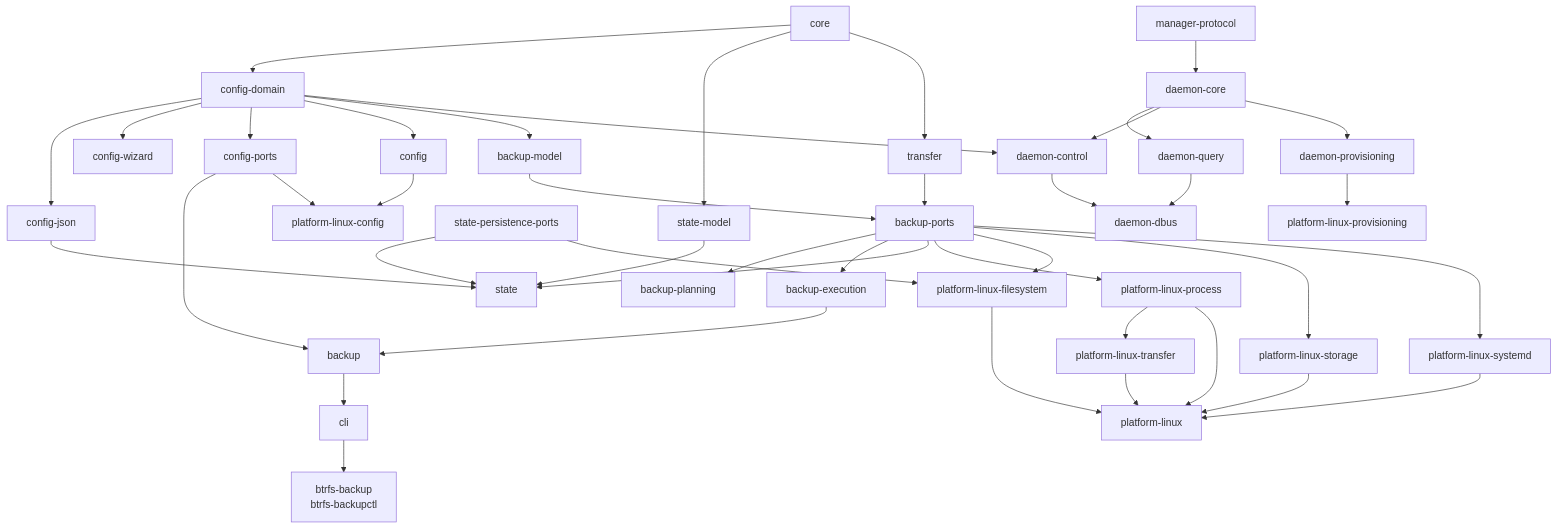
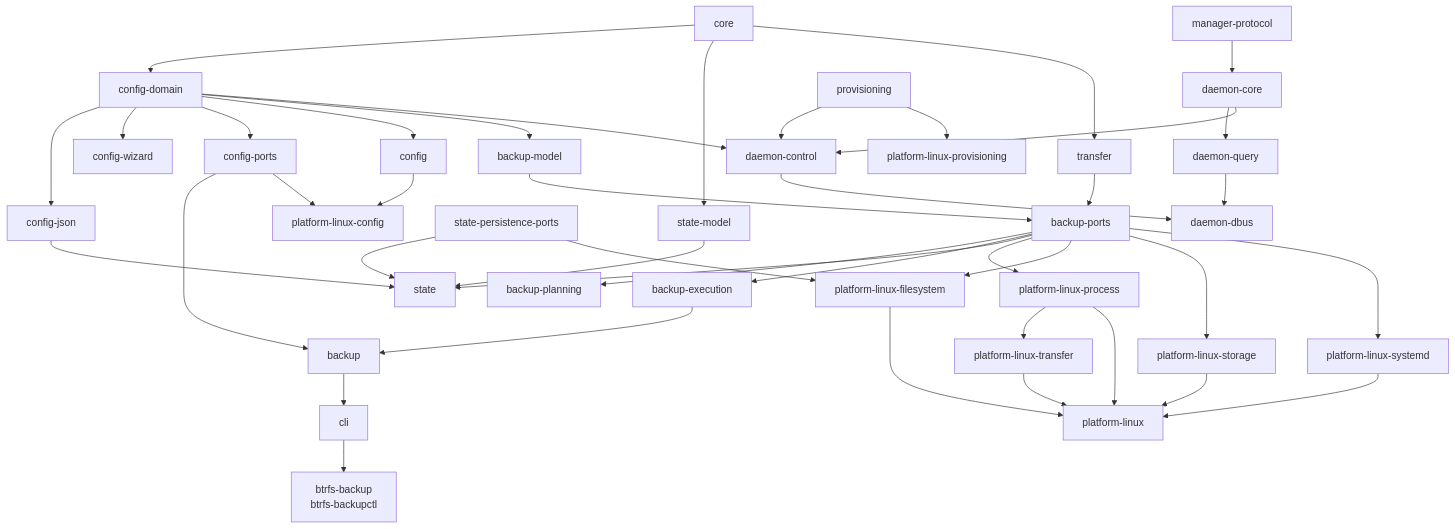
One commit to kapiwko/btrfs-backup changed the diagram in docs/cpp-layout.md. Above: the diagram before and after it, drawn with Mermaid. The commit also changed other lines of this file and 51 other files, not shown here.

Commit message:
refactor(provisioning): move neutral models out of daemon

````diff
--- a/docs/cpp-layout.md
+++ b/docs/cpp-layout.md
@@ -108,47 +109,47 @@
 ```mermaid
 flowchart TB
     core --> config_domain[config-domain]
     core --> state_model[state-model]
     core --> transfer
     config_domain --> config_json[config-json]
     config_domain --> config_wizard[config-wizard]
     config_domain --> config_ports[config-ports]
     config_domain --> config
     config_domain --> backup_model[backup-model]
     backup_model --> backup_ports[backup-ports]
     transfer --> backup_ports
     backup_ports --> planning[backup-planning]
     backup_ports --> execution[backup-execution]
     execution --> backup
     config_ports --> backup
     backup_ports --> state
     config_json --> state
     state_model --> state
     state_persistence[state-persistence-ports] --> state
 
     backup_ports --> linux_process[platform-linux-process]
     backup_ports --> linux_filesystem[platform-linux-filesystem]
     backup_ports --> linux_storage[platform-linux-storage]
     backup_ports --> linux_systemd[platform-linux-systemd]
     state_persistence --> linux_filesystem
     linux_process --> linux_transfer[platform-linux-transfer]
     config --> linux_config[platform-linux-config]
     config_ports --> linux_config
     linux_process --> platform[platform-linux]
     linux_filesystem --> platform
     linux_storage --> platform
     linux_systemd --> platform
     linux_transfer --> platform
 
     backup --> cli
     cli --> executables[btrfs-backup<br/>btrfs-backupctl]
 
     manager_protocol[manager-protocol] --> daemon_core[daemon-core]
     daemon_core --> daemon_query[daemon-query]
     daemon_core --> daemon_control[daemon-control]
-    daemon_core --> daemon_provisioning[daemon-provisioning]
+    provisioning --> daemon_control
     config_domain --> daemon_control
     daemon_control --> daemon_dbus[daemon-dbus]
     daemon_query --> daemon_dbus
-    daemon_provisioning --> linux_provisioning[platform-linux-provisioning]
+    provisioning --> linux_provisioning[platform-linux-provisioning]
 ```
````
